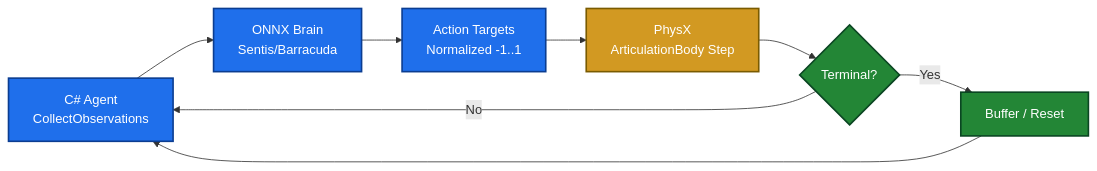
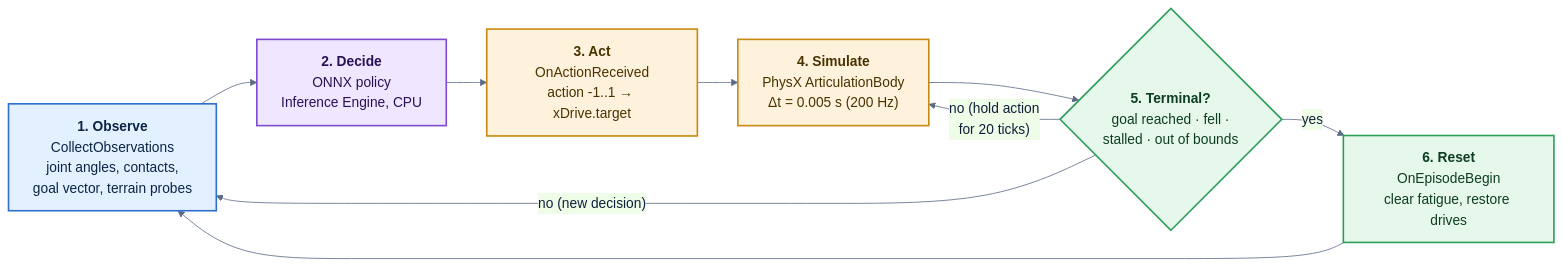
Before and after one commit to punkouter26/PoRacer: the diagram in docs/diagrams/lifecycle-simple.mmd, drawn with Mermaid. The commit also changed 25 other files, not shown here.

```diff
--- a/docs/diagrams/lifecycle-simple.mmd
+++ b/docs/diagrams/lifecycle-simple.mmd
@@ -1,17 +1,32 @@
+---
+config:
+  theme: base
+  themeVariables:
+    fontSize: "17px"
+    fontFamily: "ui-sans-serif, Segoe UI, system-ui, sans-serif"
+    primaryColor: "#e8eefc"
+    primaryTextColor: "#10203a"
+    primaryBorderColor: "#3f6ee0"
+    lineColor: "#5b6b86"
+---
 flowchart LR
-    A[C# Agent<br/>CollectObservations] --> B[ONNX Brain<br/>Sentis/Barracuda]
-    B --> C[Action Targets<br/>Normalized -1..1]
-    C --> D[PhysX<br/>ArticulationBody Step]
-    D --> E{Terminal?}
-    E -- No --> A
-    E -- Yes --> F[Buffer / Reset]
-    F --> A
+    OBS["<b>1. Observe</b><br/>CollectObservations<br/>joint angles, contacts,<br/>goal vector, terrain probes"]
+    NET["<b>2. Decide</b><br/>ONNX policy<br/>Inference Engine, CPU"]
+    ACT["<b>3. Act</b><br/>OnActionReceived<br/>action -1..1 &rarr; xDrive.target"]
+    PHY["<b>4. Simulate</b><br/>PhysX ArticulationBody<br/>&Delta;t = 0.005 s (200 Hz)"]
+    TERM{"<b>5. Terminal?</b><br/>goal reached &middot; fell &middot;<br/>stalled &middot; out of bounds"}
+    RESET["<b>6. Reset</b><br/>OnEpisodeBegin<br/>clear fatigue, restore drives"]
 
-    classDef ml fill:#1f6feb,stroke:#0b3d91,color:#fff,stroke-width:2px;
-    classDef phys fill:#d29922,stroke:#7a5b00,color:#fff,stroke-width:2px;
-    classDef ctrl fill:#238636,stroke:#0a4622,color:#fff,stroke-width:2px;
-    class A,ml1 ml;
-    class B ml;
-    class C ml;
-    class D phys;
-    class E,F ctrl;
+    OBS --> NET --> ACT --> PHY --> TERM
+    TERM -- "no (hold action<br/>for 20 ticks)" --> PHY
+    TERM -- "no (new decision)" --> OBS
+    TERM -- "yes" --> RESET --> OBS
+
+    classDef sense fill:#e3f0ff,stroke:#2f6fd0,stroke-width:2px,color:#0b2545;
+    classDef brain fill:#efe6ff,stroke:#7c4dd0,stroke-width:2px,color:#2a1055;
+    classDef phys fill:#fff2dc,stroke:#c98a12,stroke-width:2px,color:#4a3200;
+    classDef ctrl fill:#e6f7ec,stroke:#2e9e5b,stroke-width:2px,color:#0d3d22;
+    class OBS sense;
+    class NET brain;
+    class ACT,PHY phys;
+    class TERM,RESET ctrl;
```
